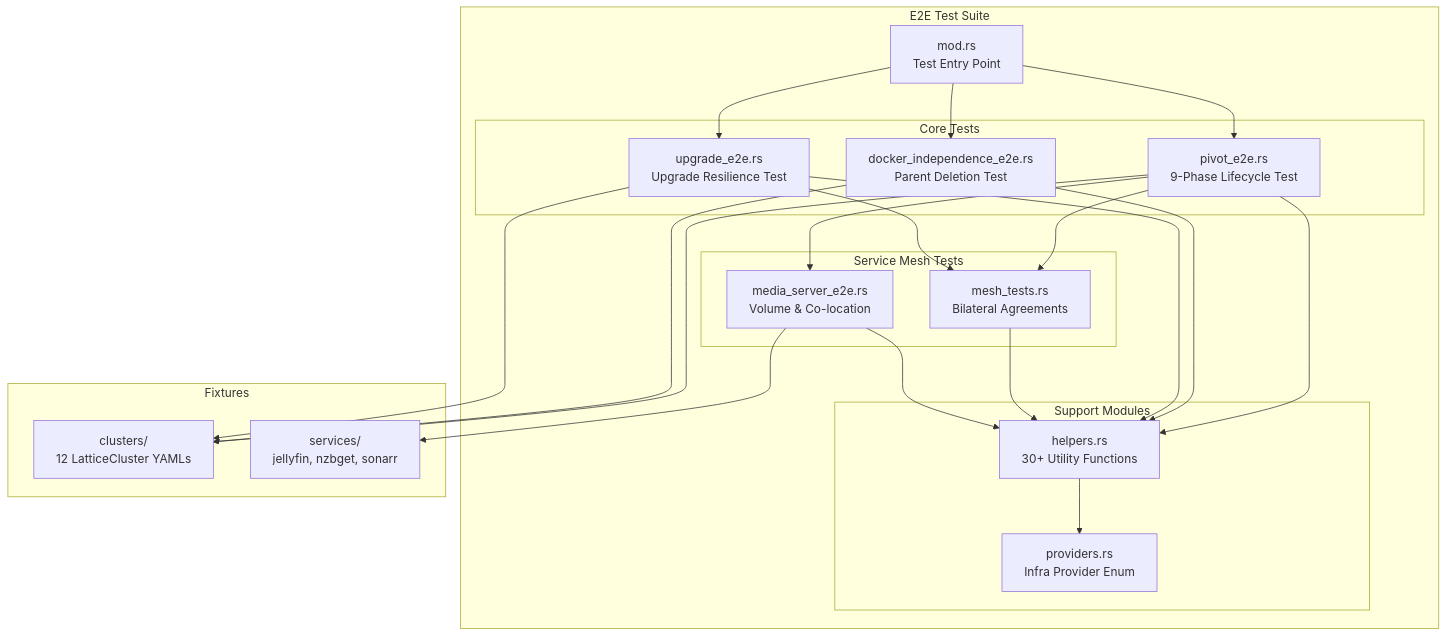
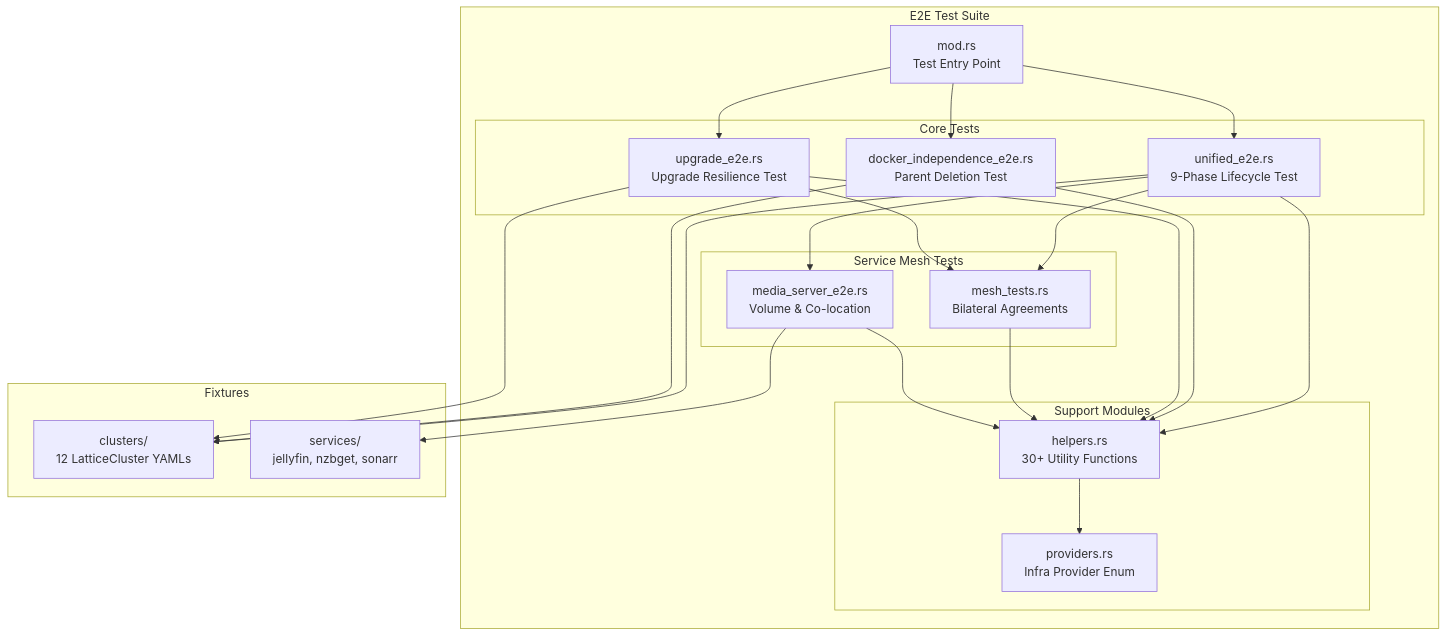
Before and after one commit to evan-hines-js/lattice: the first of 19 diagrams in docs/e2e-tests.md, drawn with Mermaid. The commit also changed other lines of this file and 66 other files, not shown here.

````diff
--- a/docs/e2e-tests.md
+++ b/docs/e2e-tests.md
@@ -19,44 +19,44 @@
 ```mermaid
 graph TB
     subgraph "E2E Test Suite"
         MOD[mod.rs<br/>Test Entry Point]
 
         subgraph "Core Tests"
-            PIVOT[pivot_e2e.rs<br/>9-Phase Lifecycle Test]
+            PIVOT[unified_e2e.rs<br/>9-Phase Lifecycle Test]
             INDEP[docker_independence_e2e.rs<br/>Parent Deletion Test]
             UPGRADE[upgrade_e2e.rs<br/>Upgrade Resilience Test]
         end
 
         subgraph "Service Mesh Tests"
             MESH[mesh_tests.rs<br/>Bilateral Agreements]
             MEDIA[media_server_e2e.rs<br/>Volume & Co-location]
         end
 
         subgraph "Support Modules"
             HELP[helpers.rs<br/>30+ Utility Functions]
             PROV[providers.rs<br/>Infra Provider Enum]
         end
     end
 
     subgraph "Fixtures"
         CLUST[clusters/<br/>12 LatticeCluster YAMLs]
         SVC[services/<br/>jellyfin, nzbget, sonarr]
     end
 
     MOD --> PIVOT
     MOD --> INDEP
     MOD --> UPGRADE
     PIVOT --> MESH
     PIVOT --> MEDIA
     UPGRADE --> MESH
     PIVOT --> HELP
     INDEP --> HELP
     UPGRADE --> HELP
     MESH --> HELP
     MEDIA --> HELP
     HELP --> PROV
     PIVOT --> CLUST
     INDEP --> CLUST
     UPGRADE --> CLUST
     MEDIA --> SVC
 ```
````
